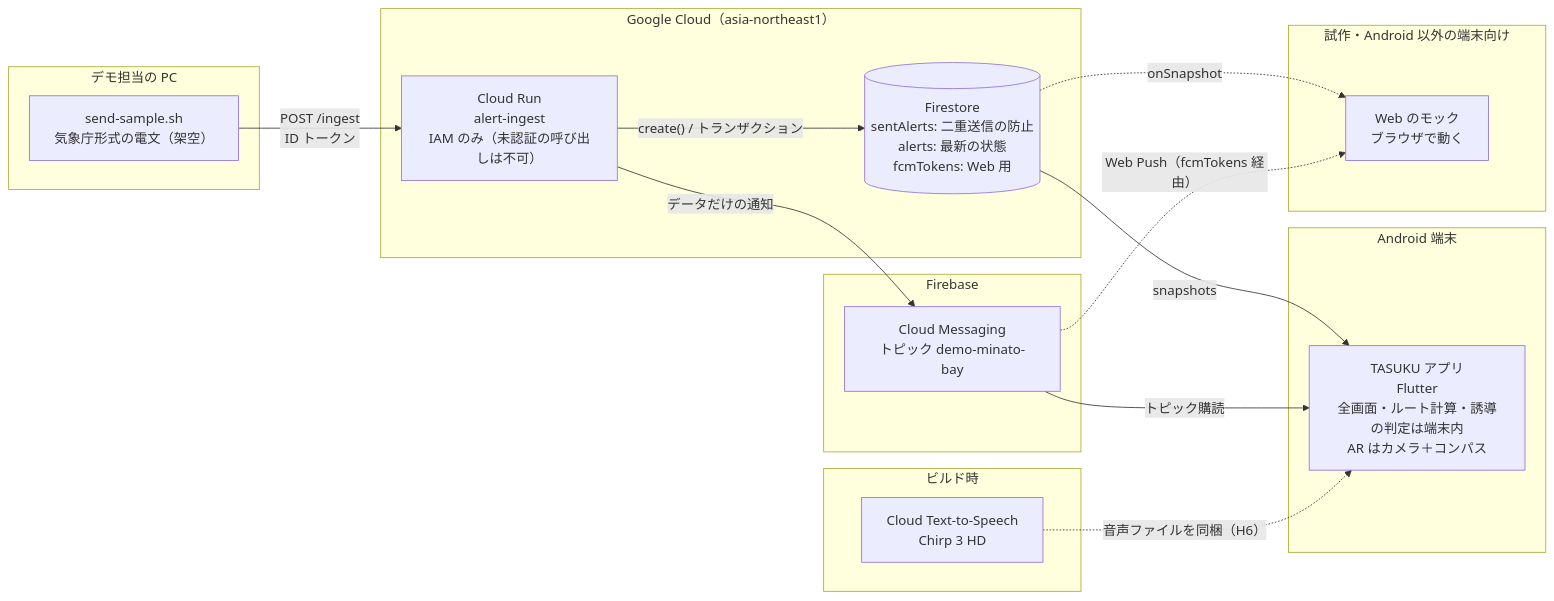
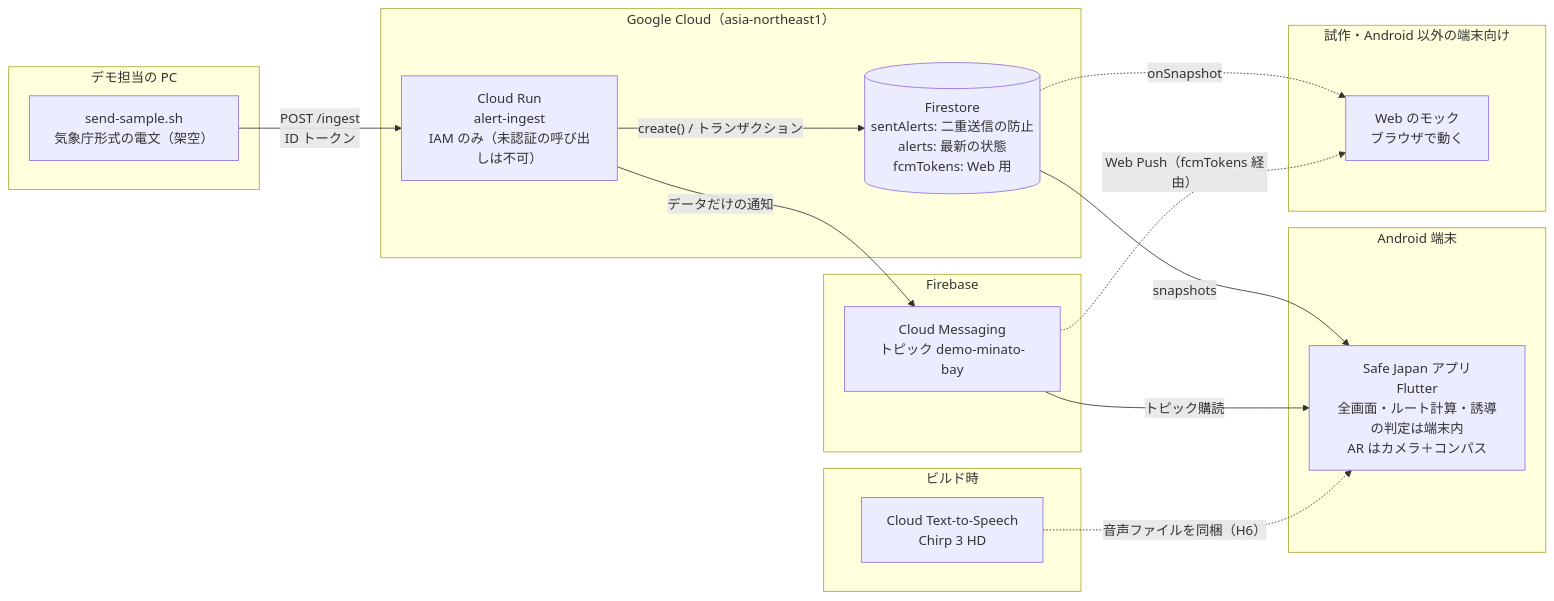
Before and after one commit to Devfest-Hackathon-2026/df-2026-t117: the third of 3 diagrams in README.md, drawn with Mermaid. The commit also changed other lines of this file and 36 other files, not shown here.

Commit message:
Safe Japan 提出版 v1.0.2（開発用リポジトリ develop 0979686 時点のファイル）

````diff
--- a/README.md
+++ b/README.md
@@ -192,36 +194,36 @@
 ```mermaid
 flowchart LR
   subgraph DEMO["デモ担当の PC"]
     SCRIPT["send-sample.sh<br>気象庁形式の電文（架空）"]
   end
 
   subgraph GCP["Google Cloud（asia-northeast1）"]
     RUN["Cloud Run<br>alert-ingest<br>IAM のみ（未認証の呼び出しは不可）"]
     FS[("Firestore<br>sentAlerts: 二重送信の防止<br>alerts: 最新の状態<br>fcmTokens: Web 用")]
   end
 
   subgraph FB["Firebase"]
     FCM["Cloud Messaging<br>トピック demo-minato-bay"]
   end
 
   subgraph BUILD["ビルド時"]
     TTS["Cloud Text-to-Speech<br>Chirp 3 HD"]
   end
 
   subgraph PHONE["Android 端末"]
-    APP["TASUKU アプリ<br>Flutter<br>全画面・ルート計算・誘導の判定は端末内<br>AR はカメラ＋コンパス"]
+    APP["Safe Japan アプリ<br>Flutter<br>全画面・ルート計算・誘導の判定は端末内<br>AR はカメラ＋コンパス"]
   end
 
   subgraph WEBM["試作・Android 以外の端末向け"]
     WEB["Web のモック<br>ブラウザで動く"]
   end
 
   SCRIPT -- "POST /ingest<br>ID トークン" --> RUN
   RUN -- "create() / トランザクション" --> FS
   RUN -- "データだけの通知" --> FCM
   FS -- "snapshots" --> APP
   FCM -- "トピック購読" --> APP
   FS -. "onSnapshot" .-> WEB
   FCM -. "Web Push（fcmTokens 経由）" .-> WEB
   TTS -. "音声ファイルを同梱（H6）" .-> APP
 ```
````
